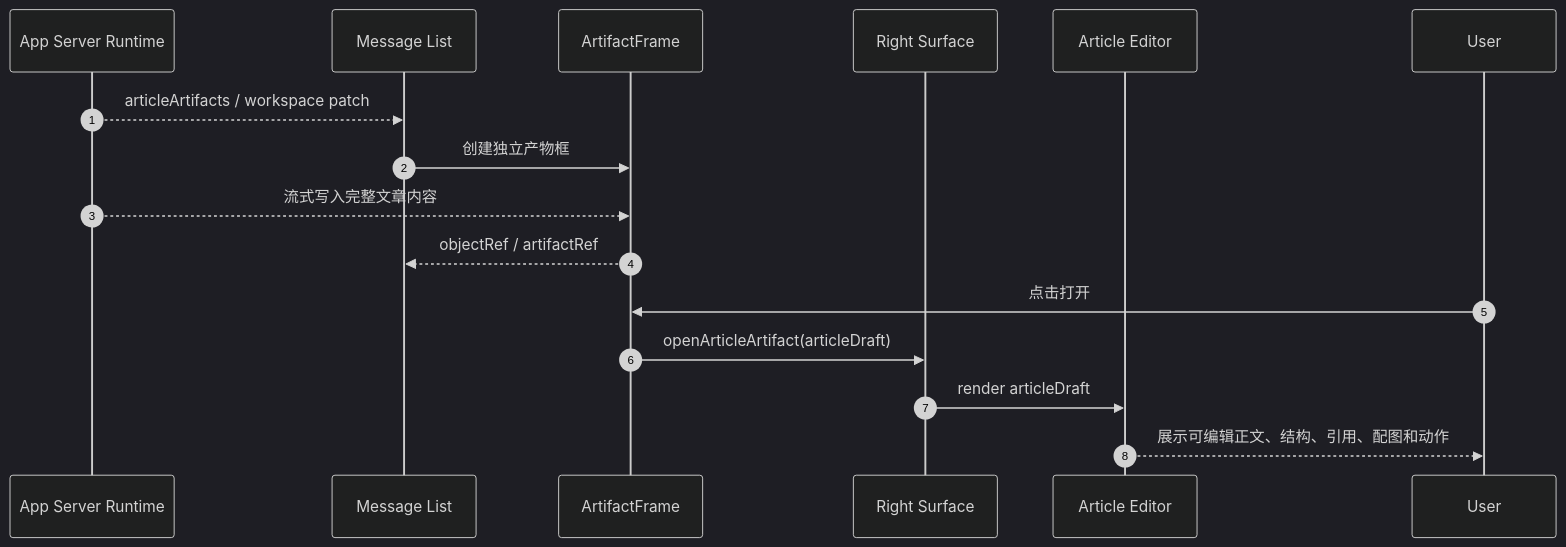
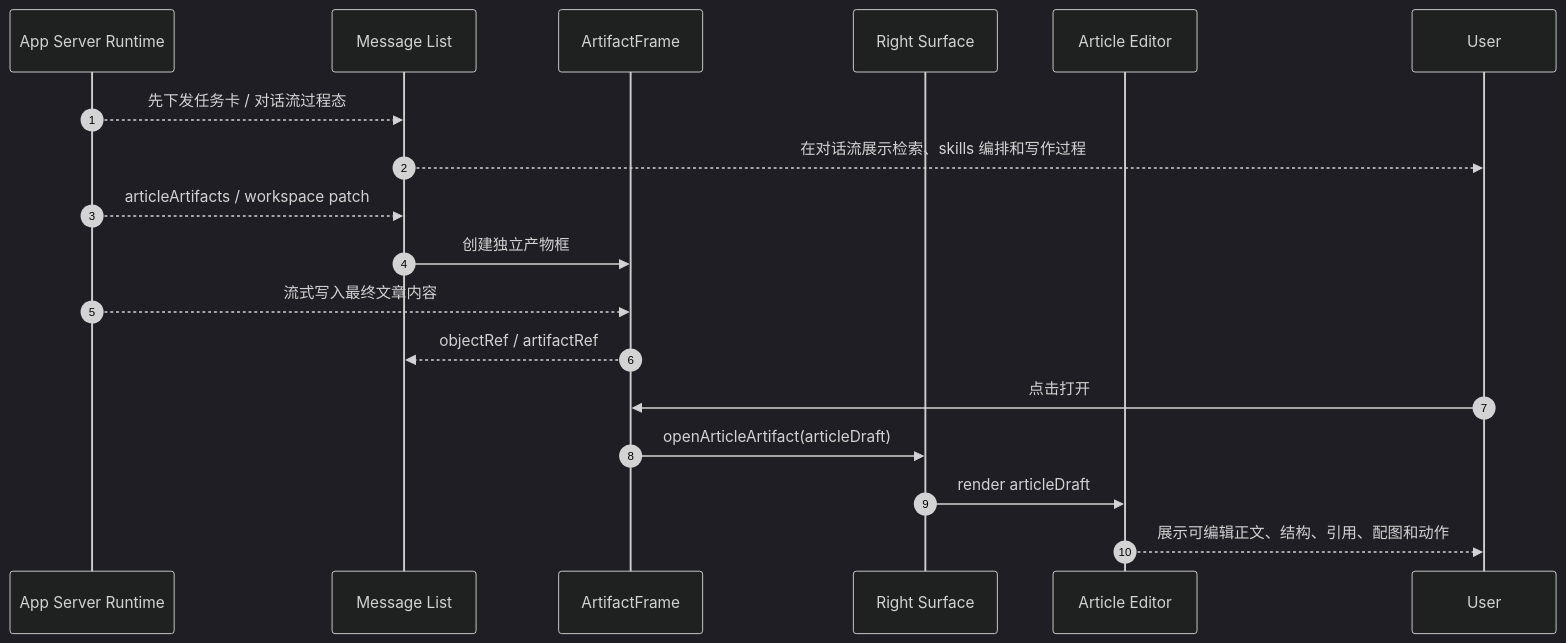
Before and after one commit to jiujuan/lime: the fourth of 6 diagrams in internal/roadmap/Writing/sequence-diagrams.md, drawn with Mermaid (dark theme). The commit also changed other lines of this file and 230 other files, not shown here.

````diff
--- a/internal/roadmap/Writing/sequence-diagrams.md
+++ b/internal/roadmap/Writing/sequence-diagrams.md
@@ -78,18 +78,20 @@
 ```mermaid
 sequenceDiagram
   autonumber
   participant Runtime as App Server Runtime
   participant Chat as Message List
   participant Frame as ArtifactFrame
   participant Surface as Right Surface
   participant Editor as Article Editor
 
+  Runtime-->>Chat: 先下发任务卡 / 对话流过程态
+  Chat-->>User: 在对话流展示检索、skills 编排和写作过程
   Runtime-->>Chat: articleArtifacts / workspace patch
   Chat->>Frame: 创建独立产物框
-  Runtime-->>Frame: 流式写入完整文章内容
+  Runtime-->>Frame: 流式写入最终文章内容
   Frame-->>Chat: objectRef / artifactRef
   User->>Frame: 点击打开
   Frame->>Surface: openArticleArtifact(articleDraft)
   Surface->>Editor: render articleDraft
   Editor-->>User: 展示可编辑正文、结构、引用、配图和动作
 ```
````
